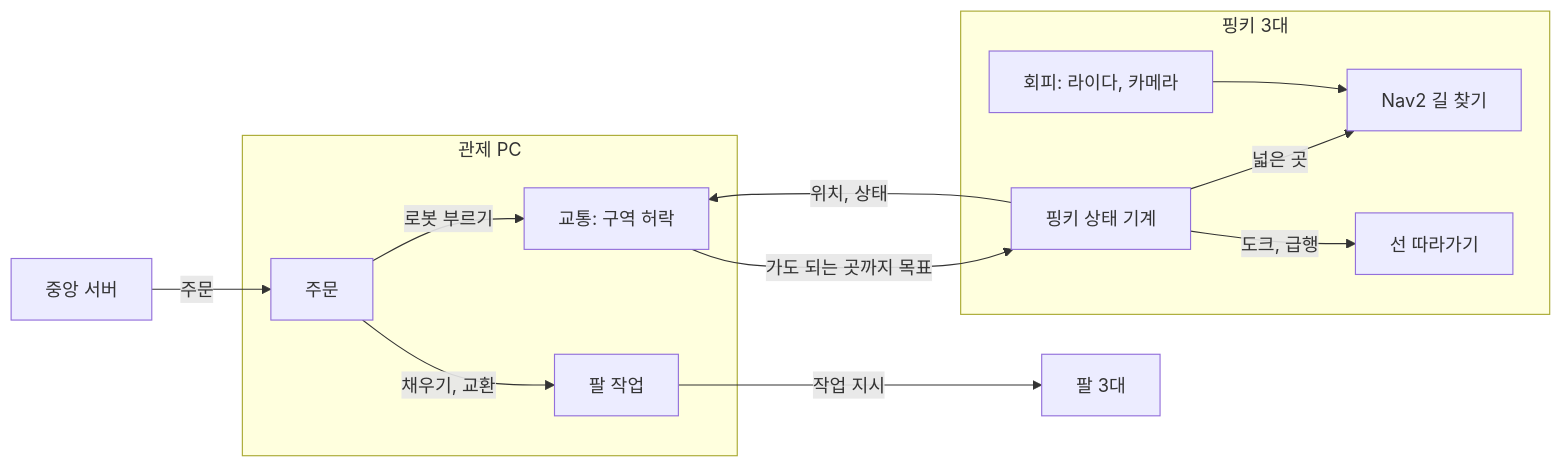
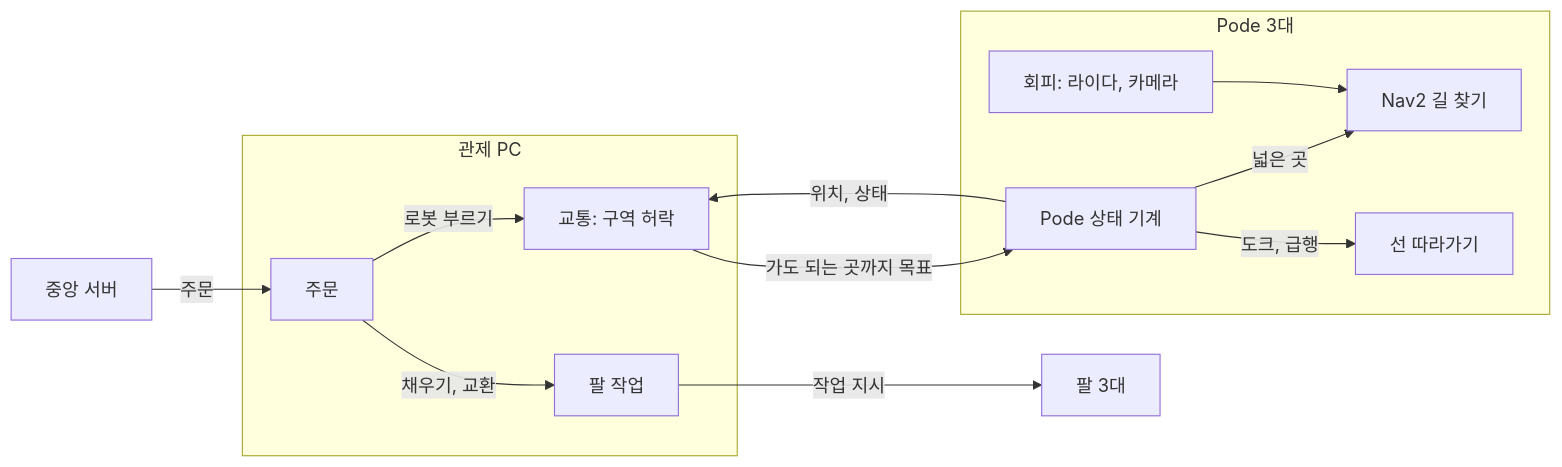
The diagram in README.md (PJW-1/roscamp-nav2fleet), drawn with Mermaid before and after one commit. The commit also changed other lines of this file and 394 other files, not shown here.

First line of the commit message:
refactor: rename the driving robot from pinky to Pode

````diff
--- a/README.md
+++ b/README.md
@@ -7,16 +7,16 @@
 ```mermaid
 flowchart LR
   central[중앙 서버] -->|주문| orders
   subgraph pc[관제 PC]
     orders[주문] -->|로봇 부르기| traffic[교통: 구역 허락]
     orders -->|채우기, 교환| armjobs[팔 작업]
   end
   armjobs -->|작업 지시| arms[팔 3대]
   traffic -->|가도 되는 곳까지 목표| fsm
-  subgraph robot[핑키 3대]
-    fsm[핑키 상태 기계] -->|넓은 곳| nav[Nav2 길 찾기]
+  subgraph robot[Pode 3대]
+    fsm[Pode 상태 기계] -->|넓은 곳| nav[Nav2 길 찾기]
     fsm -->|도크, 급행| follow[선 따라가기]
     avoid[회피: 라이다, 카메라] --> nav
   end
   fsm -->|위치, 상태| traffic
 ```
````
